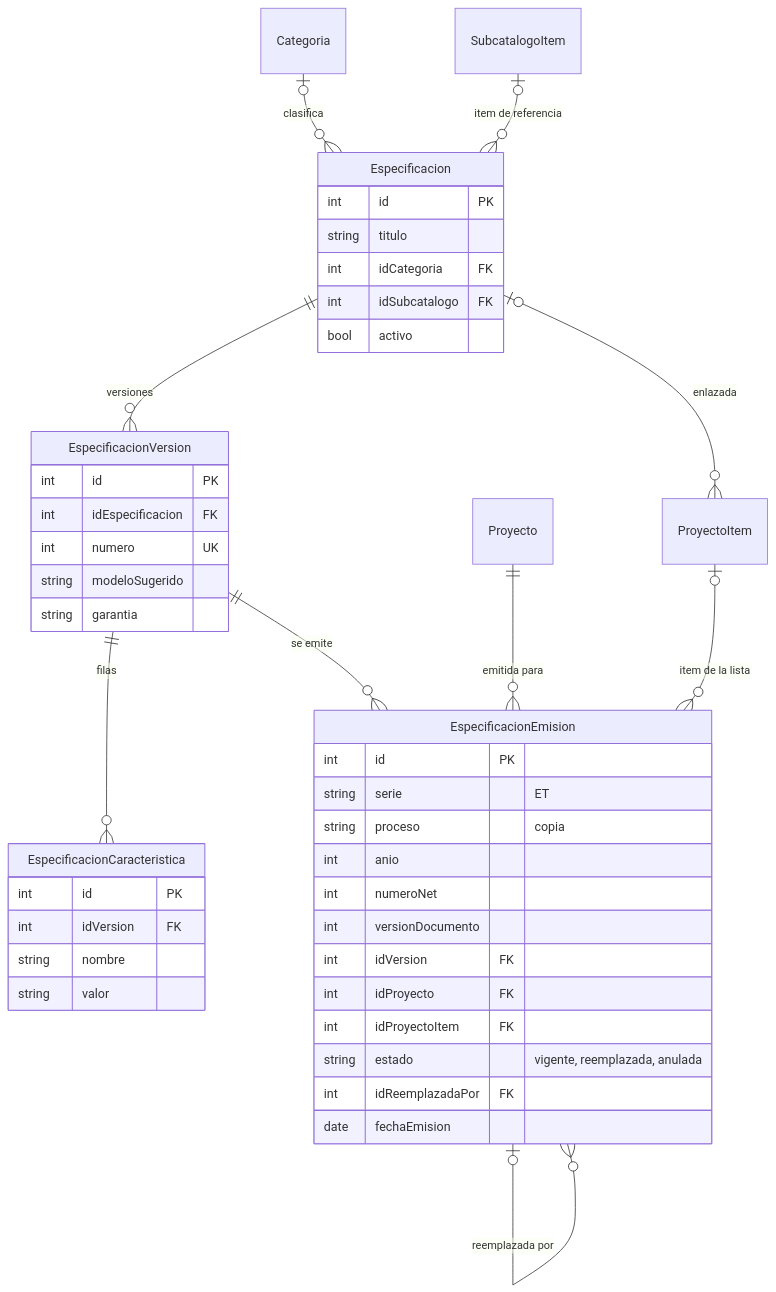
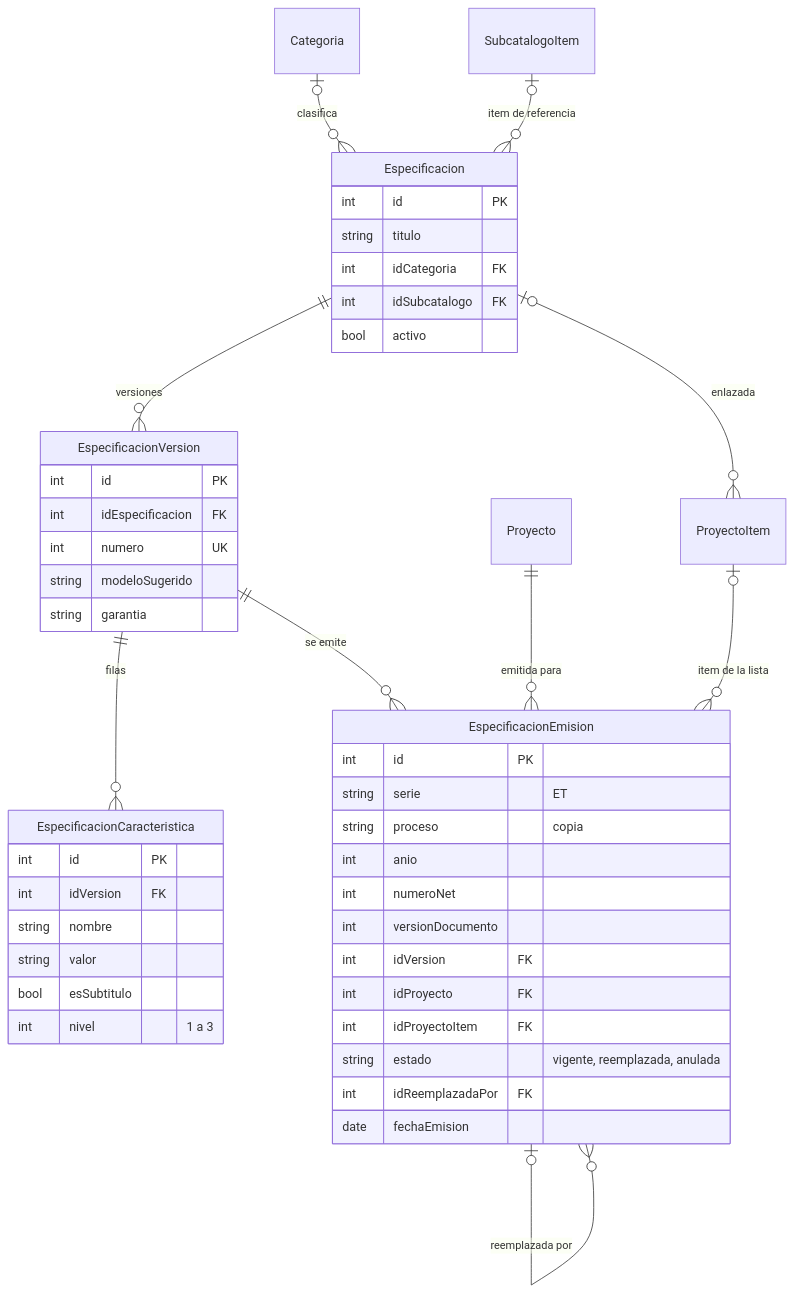
Before and after one commit to wilDC123/presupuestosRedes: the third of 5 diagrams in docs/modelo-logico-datos.md, drawn with Mermaid. The commit also changed other lines of this file and 18 other files, not shown here.

````diff
--- a/docs/modelo-logico-datos.md
+++ b/docs/modelo-logico-datos.md
@@ -182,47 +182,49 @@
 ```mermaid
 erDiagram
     Categoria |o--o{ Especificacion : "clasifica"
     SubcatalogoItem |o--o{ Especificacion : "item de referencia"
     Especificacion ||--o{ EspecificacionVersion : "versiones"
     EspecificacionVersion ||--o{ EspecificacionCaracteristica : "filas"
     EspecificacionVersion ||--o{ EspecificacionEmision : "se emite"
     Proyecto ||--o{ EspecificacionEmision : "emitida para"
     ProyectoItem |o--o{ EspecificacionEmision : "item de la lista"
     EspecificacionEmision |o--o{ EspecificacionEmision : "reemplazada por"
     Especificacion |o--o{ ProyectoItem : "enlazada"
 
     Especificacion {
         int id PK
         string titulo
         int idCategoria FK
         int idSubcatalogo FK
         bool activo
     }
     EspecificacionVersion {
         int id PK
         int idEspecificacion FK
         int numero UK
         string modeloSugerido
         string garantia
     }
     EspecificacionCaracteristica {
         int id PK
         int idVersion FK
         string nombre
         string valor
+        bool esSubtitulo
+        int nivel "1 a 3"
     }
     EspecificacionEmision {
         int id PK
         string serie "ET"
         string proceso "copia"
         int anio
         int numeroNet
         int versionDocumento
         int idVersion FK
         int idProyecto FK
         int idProyectoItem FK
         string estado "vigente, reemplazada, anulada"
         int idReemplazadaPor FK
         date fechaEmision
     }
 ```
````
